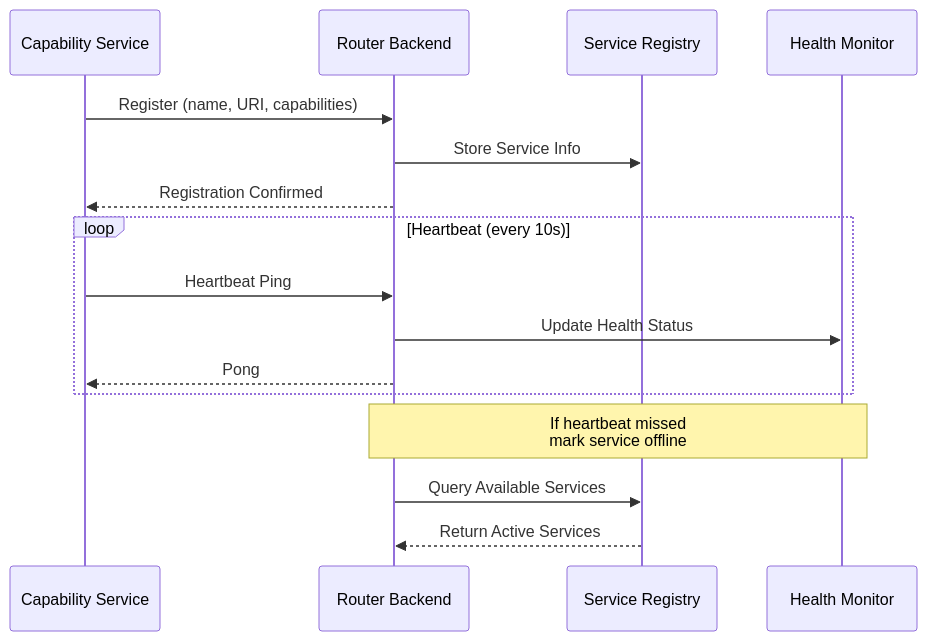
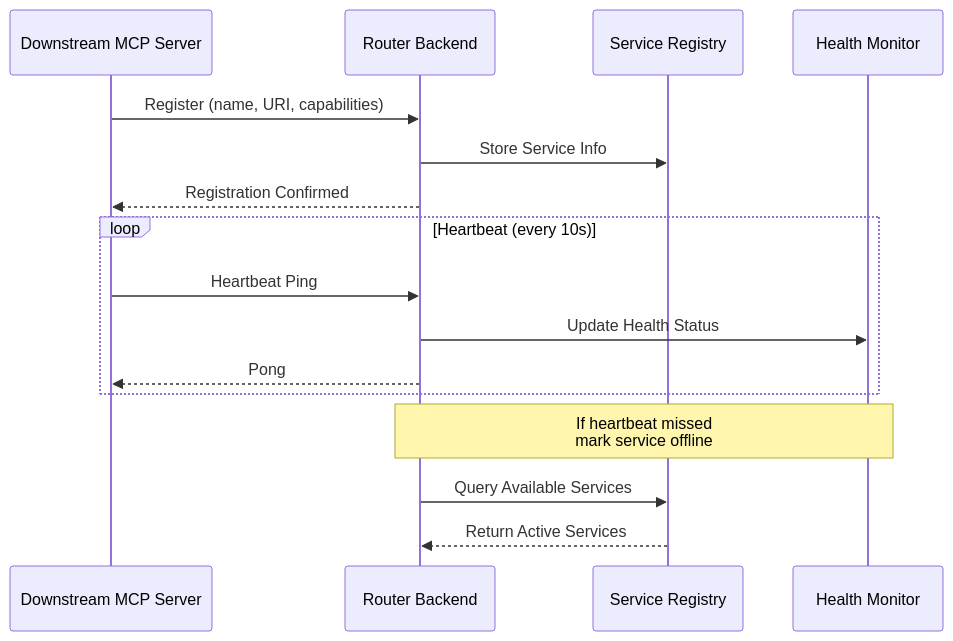
One commit to orpiske/wanaku-barn changed the fifth of 11 diagrams in docs/architecture.md. Above: the diagram before and after it, drawn with Mermaid. The commit also changed other lines of this file and 2 other files, not shown here.

Commit message:
chore: remove capability terminology from architecture, testing, and config docs

````diff
--- a/docs/architecture.md
+++ b/docs/architecture.md
@@ -221,22 +221,22 @@
 ```mermaid
 sequenceDiagram
-    participant Service as Capability Service
+    participant Service as Downstream MCP Server
     participant Router as Router Backend
     participant Registry as Service Registry
     participant Health as Health Monitor
 
     Service->>Router: Register (name, URI, capabilities)
     Router->>Registry: Store Service Info
     Router-->>Service: Registration Confirmed
 
     loop Heartbeat (every 10s)
         Service->>Router: Heartbeat Ping
         Router->>Health: Update Health Status
         Router-->>Service: Pong
     end
 
     Note over Router,Health: If heartbeat missed<br/>mark service offline
 
     Router->>Registry: Query Available Services
     Registry-->>Router: Return Active Services
 ```
````
